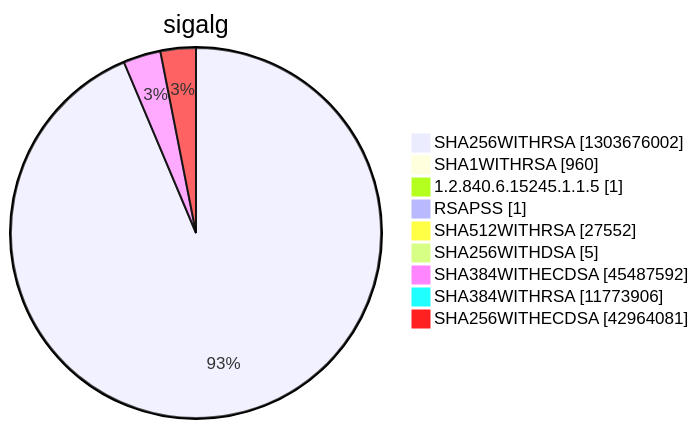
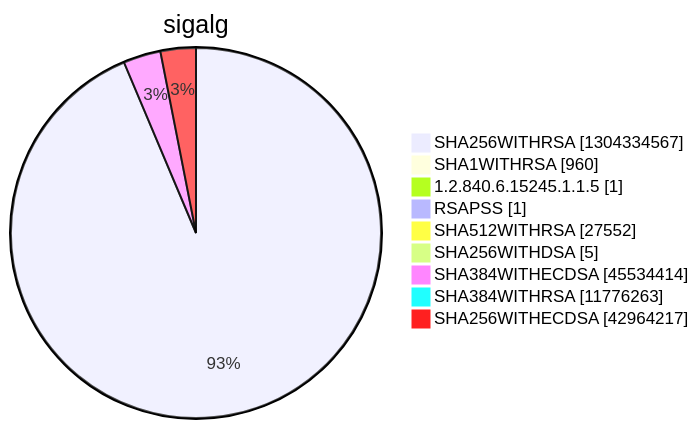
Diagram 15 of 15 in argon2022/README.md (christiankrug/ctmonitor_visualization), drawn with Mermaid before and after one commit. The commit also changed other lines of this file, not shown here.

````diff
--- a/argon2022/README.md
+++ b/argon2022/README.md
@@ -5523,13 +5523,13 @@
 ```mermaid
 pie showData
 title sigalg
-"SHA256WITHRSA" :1303676002
+"SHA256WITHRSA" :1304334567
 "SHA1WITHRSA" :960
 "1.2.840.6.15245.1.1.5" :1
 "RSAPSS" :1
 "SHA512WITHRSA" :27552
 "SHA256WITHDSA" :5
-"SHA384WITHECDSA" :45487592
-"SHA384WITHRSA" :11773906
-"SHA256WITHECDSA" :42964081
+"SHA384WITHECDSA" :45534414
+"SHA384WITHRSA" :11776263
+"SHA256WITHECDSA" :42964217
 ```
````
